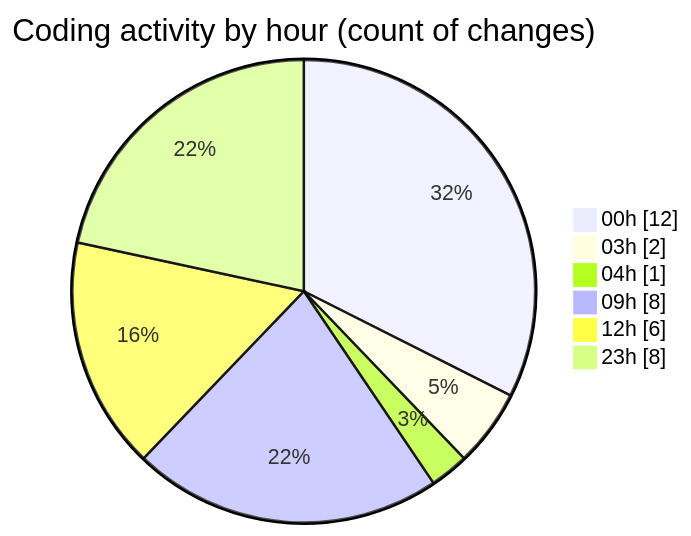
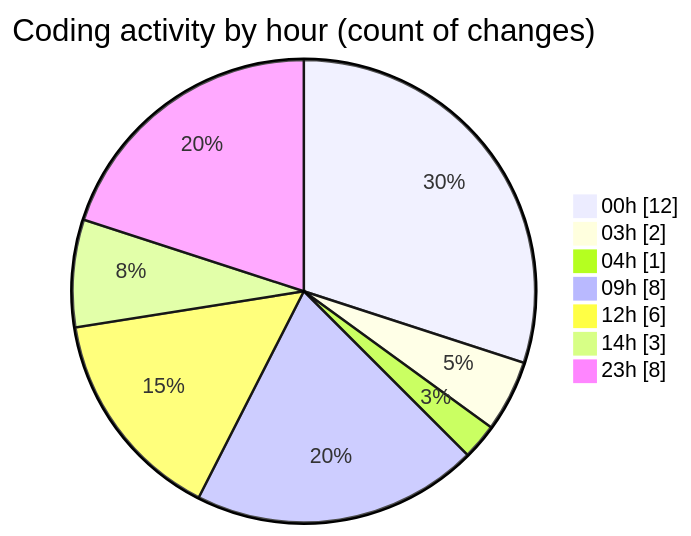
One commit to julien-gomy/code-tracking changed the second of 2 diagrams in 2025-11-18/cdp_aleoudev_fr__workspace_/README.md. Above: the diagram before and after it, drawn with Mermaid. The commit also changed other lines of this file and 1 other file, not shown here.

````diff
--- a/2025-11-18/cdp_aleoudev_fr__workspace_/README.md
+++ b/2025-11-18/cdp_aleoudev_fr__workspace_/README.md
@@ -37,10 +40,11 @@
 ```mermaid
 pie showData
 title Coding activity by hour (count of changes)
 "00h" : 12
 "03h" : 2
 "04h" : 1
 "09h" : 8
 "12h" : 6
+"14h" : 3
 "23h" : 8
 ```
````
